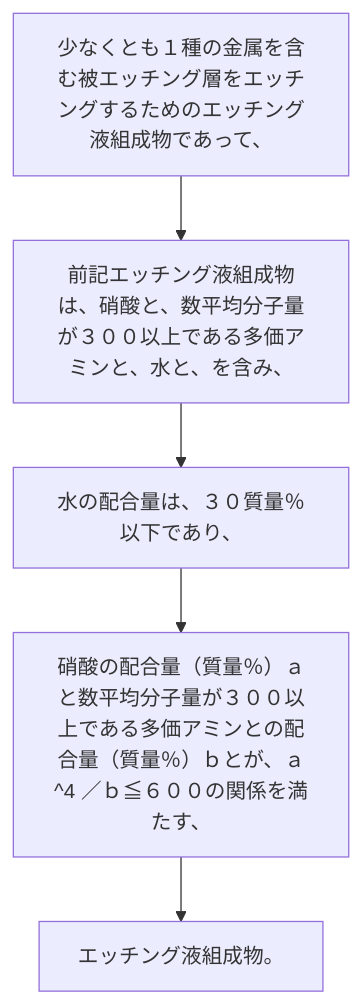
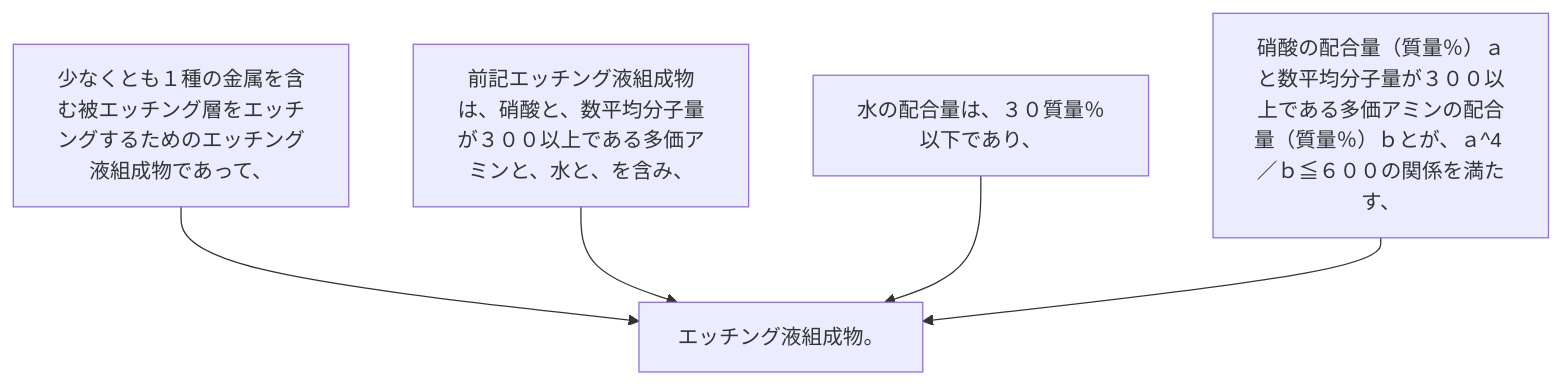
The diagram in 2024/JP2024002670A/claim_1/README.md (shinmori55/patent_analyzed), drawn with Mermaid before and after one commit. The commit also changed 31 other files, not shown here.

````diff
--- a/2024/JP2024002670A/claim_1/README.md
+++ b/2024/JP2024002670A/claim_1/README.md
@@ -7,12 +7,12 @@
 ```mermaid
 flowchart TD
 A[少なくとも１種の金属を含む被エッチング層をエッチングするためのエッチング液組成物であって、]
 B[前記エッチング液組成物は、硝酸と、数平均分子量が３００以上である多価アミンと、水と、を含み、]
 C[水の配合量は、３０質量％以下であり、]
-D[硝酸の配合量（質量％）ａと数平均分子量が３００以上である多価アミンとの配合量（質量％）ｂとが、ａ^4 ／ｂ≦６００の関係を満たす、]
+D[硝酸の配合量（質量％）ａと数平均分子量が３００以上である多価アミンの配合量（質量％）ｂとが、ａ^4 ／ｂ≦６００の関係を満たす、]
 E[エッチング液組成物。]
-A --> B
-B --> C
-C --> D
+A --> E
+B --> E
+C --> E
 D --> E
 ```
````
